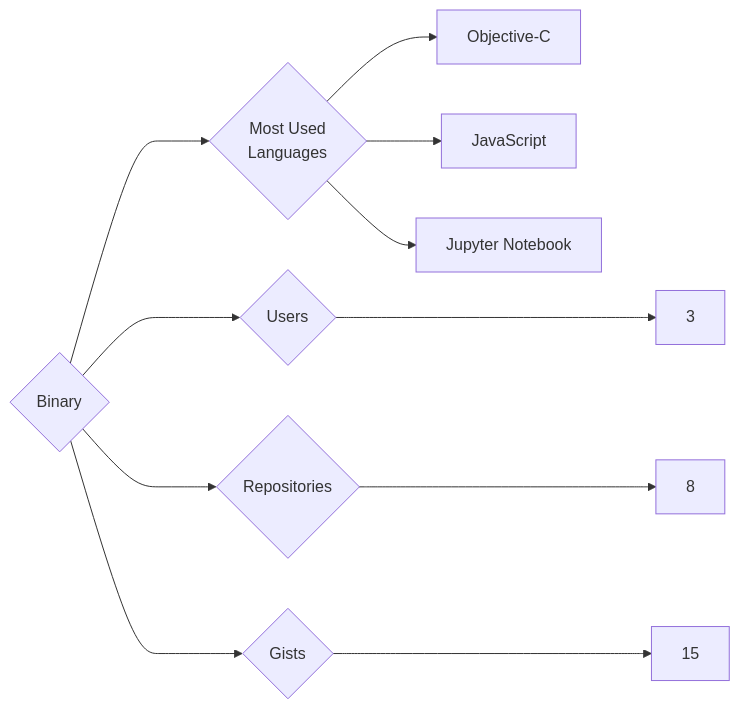
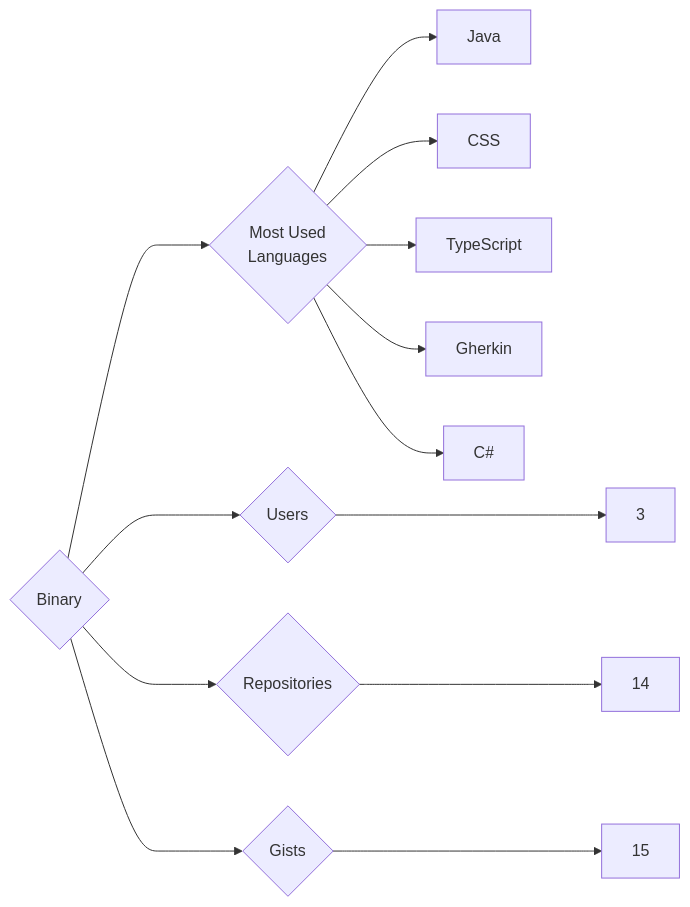
The diagram in targets/Binary/README.md (trickest/insiders), drawn with Mermaid before and after one commit. The commit also changed 1003 other files, not shown here.

````diff
--- a/targets/Binary/README.md
+++ b/targets/Binary/README.md
@@ -3,11 +3,13 @@
 ```mermaid
 graph LR
 COMPANY_NAME{Binary}
 COMPANY_NAME ---> U{Users} ---> UN[3]
-COMPANY_NAME ---> R{Repositories} ---> RN[8]
+COMPANY_NAME ---> R{Repositories} ---> RN[14]
 COMPANY_NAME ---> G{Gists} ---> GN[15]
 COMPANY_NAME ---> ML{Most Used<br>Languages}
-ML --> Objective-C[Objective-C]
-ML --> JavaScript[JavaScript]
-ML --> Jupyter_Notebook[Jupyter Notebook]
+ML --> Java[Java]
+ML --> CSS[CSS]
+ML --> TypeScript[TypeScript]
+ML --> Gherkin[Gherkin]
+ML --> C#[C#]
 ```
````
